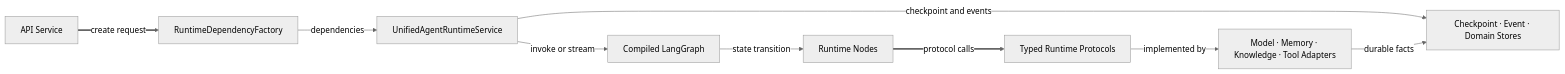
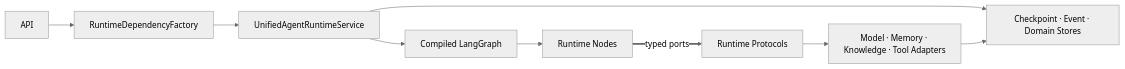
Before and after one commit to ProfessorZhi/Zuno: the fifth of 30 diagrams in docs/architecture/architecture.md, drawn with Mermaid (neutral theme). The commit also changed other lines of this file, not shown here.

Commit message:
Make target architecture Markdown text-first and design-complete

````diff
--- a/docs/architecture/architecture.md
+++ b/docs/architecture/architecture.md
@@ -320,20 +710,11 @@
 ```mermaid
 flowchart LR
-  API["API Service"]
-  FACTORY["RuntimeDependencyFactory"]
-  SERVICE["UnifiedAgentRuntimeService"]
-  GRAPH["Compiled LangGraph"]
-  NODES["Runtime Nodes"]
-  PORTS["Typed Runtime Protocols"]
-  ADAPTERS["Model · Memory · Knowledge · Tool Adapters"]
-  STORES["Checkpoint · Event · Domain Stores"]
-
-  API ==>|create request| FACTORY
-  FACTORY -->|dependencies| SERVICE
-  SERVICE -->|invoke or stream| GRAPH
-  GRAPH -->|state transition| NODES
-  NODES ==>|protocol calls| PORTS
-  PORTS -->|implemented by| ADAPTERS
-  SERVICE -->|checkpoint and events| STORES
-  ADAPTERS -->|durable facts| STORES
+  API --> Factory[RuntimeDependencyFactory]
+  Factory --> Service[UnifiedAgentRuntimeService]
+  Service --> Graph[Compiled LangGraph]
+  Graph --> Nodes[Runtime Nodes]
+  Nodes ==>|typed ports| Protocols[Runtime Protocols]
+  Protocols --> Adapters[Model · Memory · Knowledge · Tool Adapters]
+  Service --> Stores[Checkpoint · Event · Domain Stores]
+  Adapters --> Stores
 ```
````
